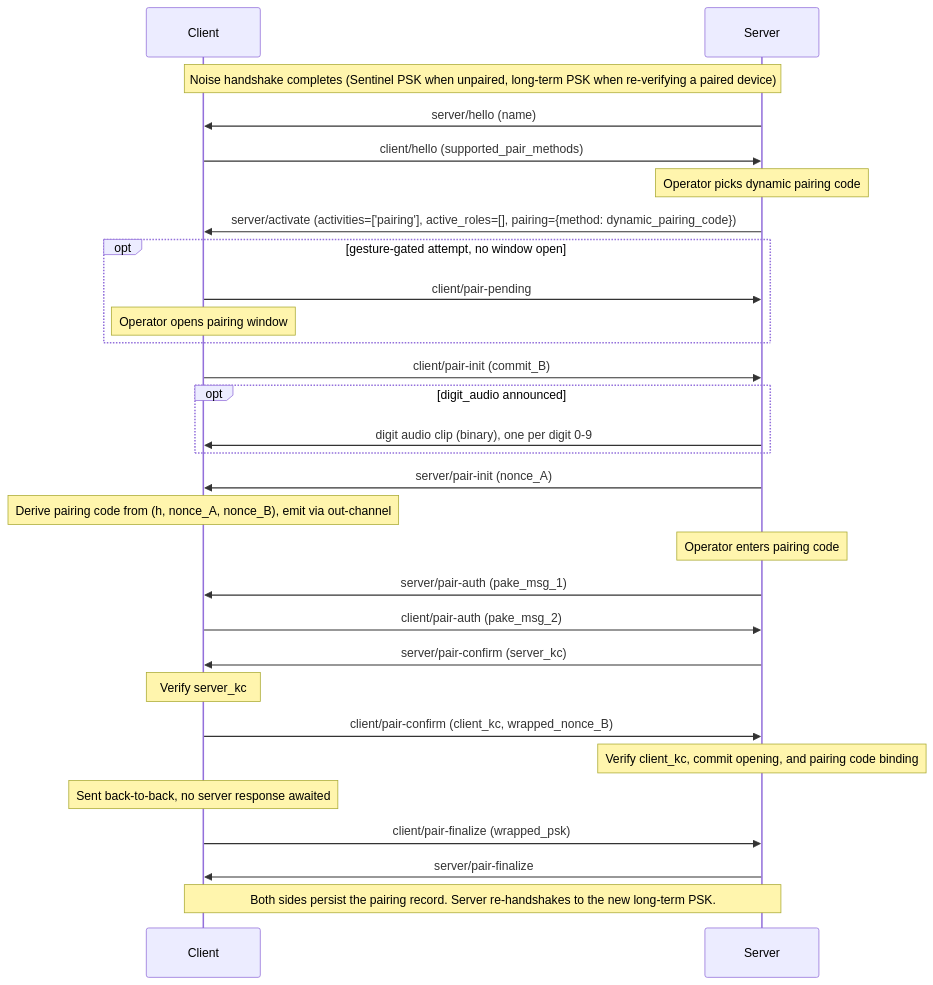
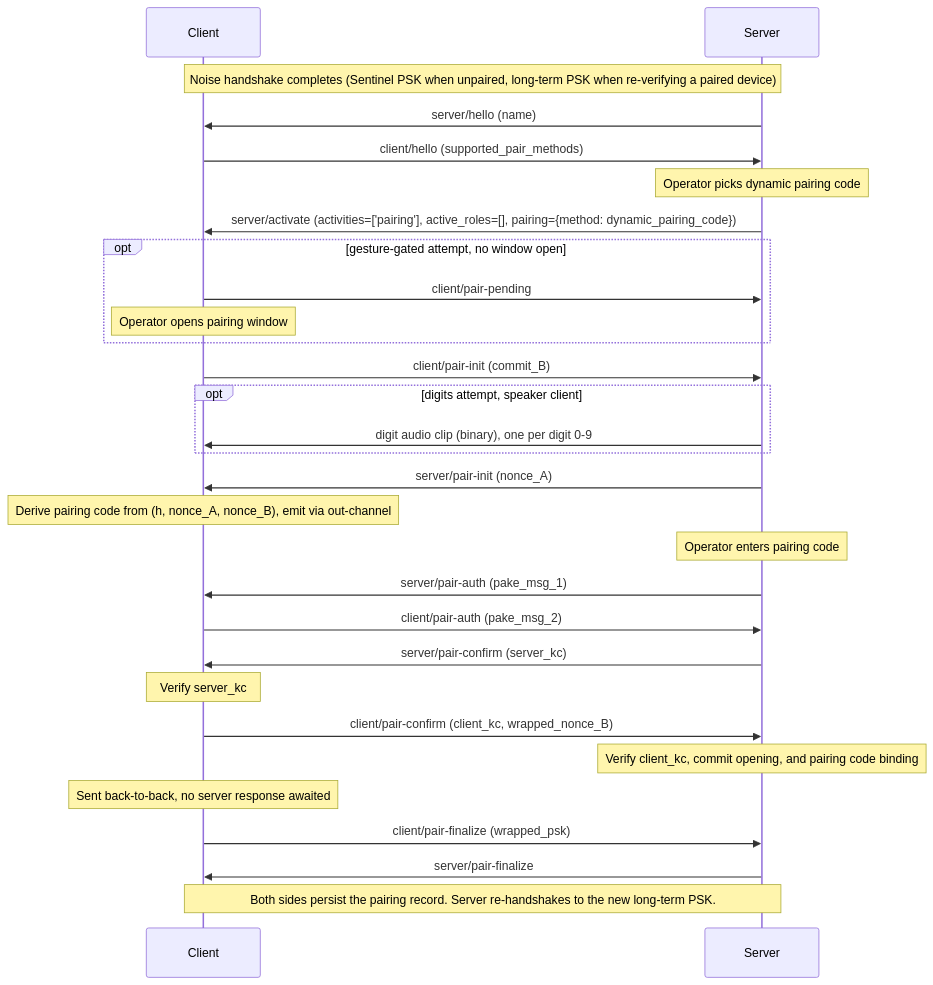
The third of 4 diagrams in README.md (Resonate-Protocol/spec), drawn with Mermaid before and after one commit. The commit also changed other lines of this file and 2 other files, not shown here.

Commit message:
Drop digit audio format negotiation

````diff
--- a/README.md
+++ b/README.md
@@ -822,33 +818,33 @@
 ```mermaid
 sequenceDiagram
     participant Client
     participant Server
 
     Note over Client,Server: Noise handshake completes (Sentinel PSK when unpaired, long-term PSK when re-verifying a paired device)
 
     Server->>Client: server/hello (name)
     Client->>Server: client/hello (supported_pair_methods)
     Note over Server: Operator picks dynamic pairing code
     Server->>Client: server/activate (activities=['pairing'], active_roles=[], pairing={method: dynamic_pairing_code})
     opt gesture-gated attempt, no window open
         Client->>Server: client/pair-pending
         Note over Client: Operator opens pairing window
     end
     Client->>Server: client/pair-init (commit_B)
-    opt digit_audio announced
+    opt digits attempt, speaker client
         Server->>Client: digit audio clip (binary), one per digit 0-9
     end
     Server->>Client: server/pair-init (nonce_A)
     Note over Client: Derive pairing code from (h, nonce_A, nonce_B), emit via out-channel
     Note over Server: Operator enters pairing code
     Server->>Client: server/pair-auth (pake_msg_1)
     Client->>Server: client/pair-auth (pake_msg_2)
     Server->>Client: server/pair-confirm (server_kc)
     Note over Client: Verify server_kc
     Client->>Server: client/pair-confirm (client_kc, wrapped_nonce_B)
     Note over Server: Verify client_kc, commit opening, and pairing code binding
     Note over Client: Sent back-to-back, no server response awaited
     Client->>Server: client/pair-finalize (wrapped_psk)
     Server->>Client: server/pair-finalize
     Note over Client,Server: Both sides persist the pairing record. Server re-handshakes to the new long-term PSK.
 ```
````
